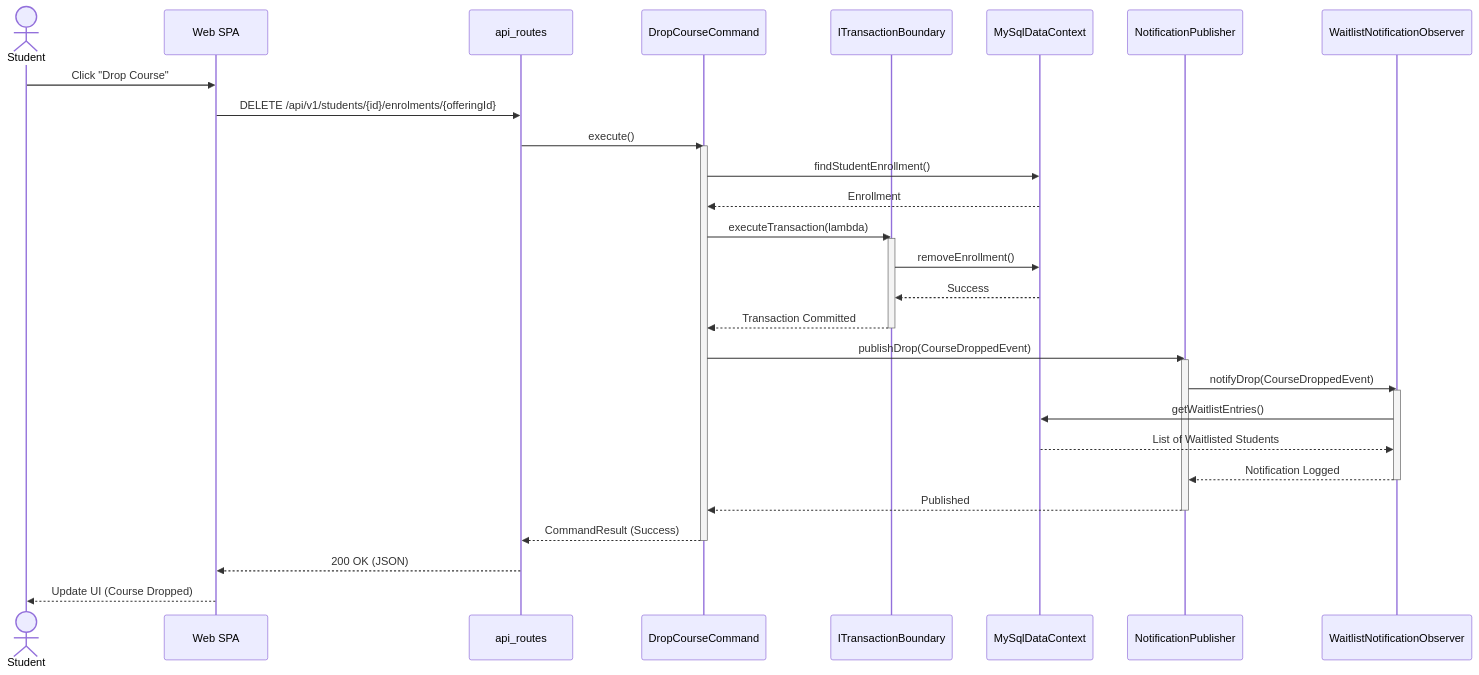
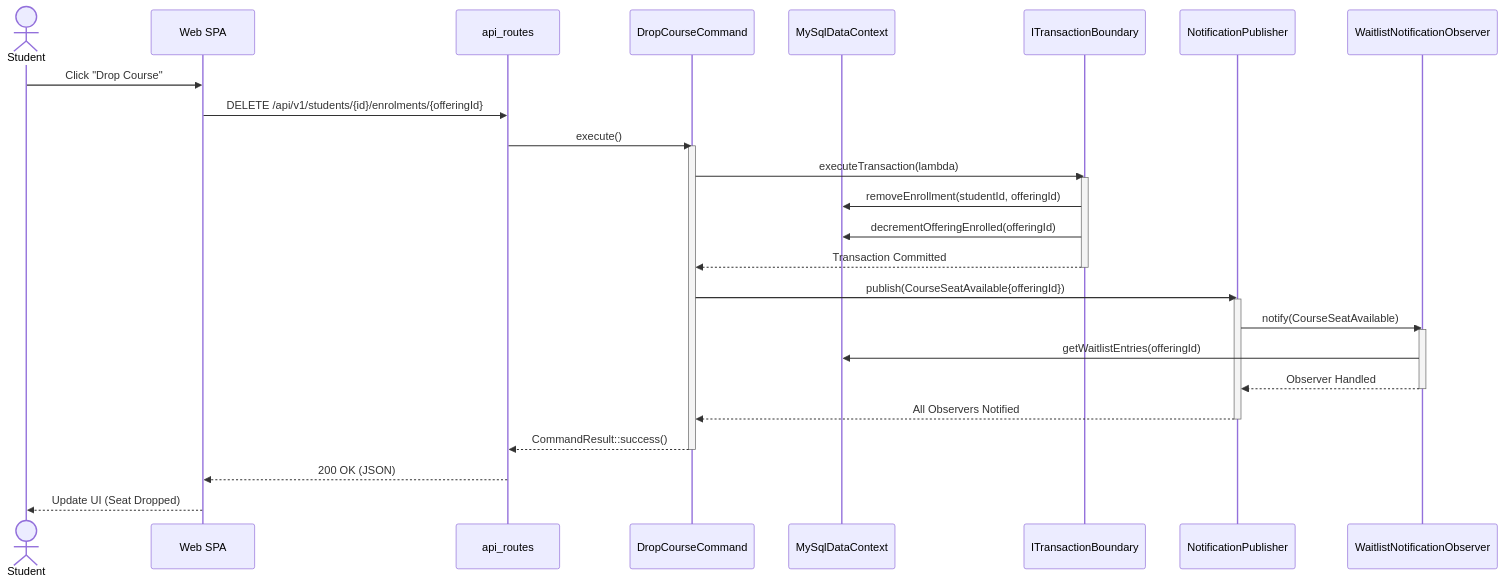
Before and after one commit to DesanSilva/university-course-enrolment-system: the third of 13 diagrams in docs/uml_sequence_diagram.md, drawn with Mermaid. The commit also changed other lines of this file and 2 other files, not shown here.

Commit message:
UML diagram completed

````diff
--- a/docs/uml_sequence_diagram.md
+++ b/docs/uml_sequence_diagram.md
@@ -3,48 +64,35 @@
 ```mermaid
 sequenceDiagram
     actor Student
     participant SPA as Web SPA
     participant Router as api_routes
     participant Command as DropCourseCommand
+    participant Store as MySqlDataContext
     participant Tx as ITransactionBoundary
-    participant Store as MySqlDataContext
     participant Pub as NotificationPublisher
     participant Obs as WaitlistNotificationObserver
 
     Student->>SPA: Click "Drop Course"
     SPA->>Router: DELETE /api/v1/students/{id}/enrolments/{offeringId}
-    
     Router->>Command: execute()
     activate Command
-    
-    Command->>Store: findStudentEnrollment()
-    Store-->>Command: Enrollment
-    
     Command->>Tx: executeTransaction(lambda)
     activate Tx
-    
-    Tx->>Store: removeEnrollment()
-    Store-->>Tx: Success
-    
+    Tx->>Store: removeEnrollment(studentId, offeringId)
+    Tx->>Store: decrementOfferingEnrolled(offeringId)
     Tx-->>Command: Transaction Committed
     deactivate Tx
-    
-    Command->>Pub: publishDrop(CourseDroppedEvent)
+    Command->>Pub: publish(CourseSeatAvailable{offeringId})
     activate Pub
-    
-    Pub->>Obs: notifyDrop(CourseDroppedEvent)
+    Pub->>Obs: notify(CourseSeatAvailable)
     activate Obs
-    Obs->>Store: getWaitlistEntries()
-    Store-->>Obs: List of Waitlisted Students
-    Obs-->>Pub: Notification Logged
+    Obs->>Store: getWaitlistEntries(offeringId)
+    Obs-->>Pub: Observer Handled
     deactivate Obs
-    
-    Pub-->>Command: Published
+    Pub-->>Command: All Observers Notified
     deactivate Pub
-    
-    Command-->>Router: CommandResult (Success)
+    Command-->>Router: CommandResult::success()
     deactivate Command
-    
     Router-->>SPA: 200 OK (JSON)
-    SPA-->>Student: Update UI (Course Dropped)
+    SPA-->>Student: Update UI (Seat Dropped)
 ```
````
